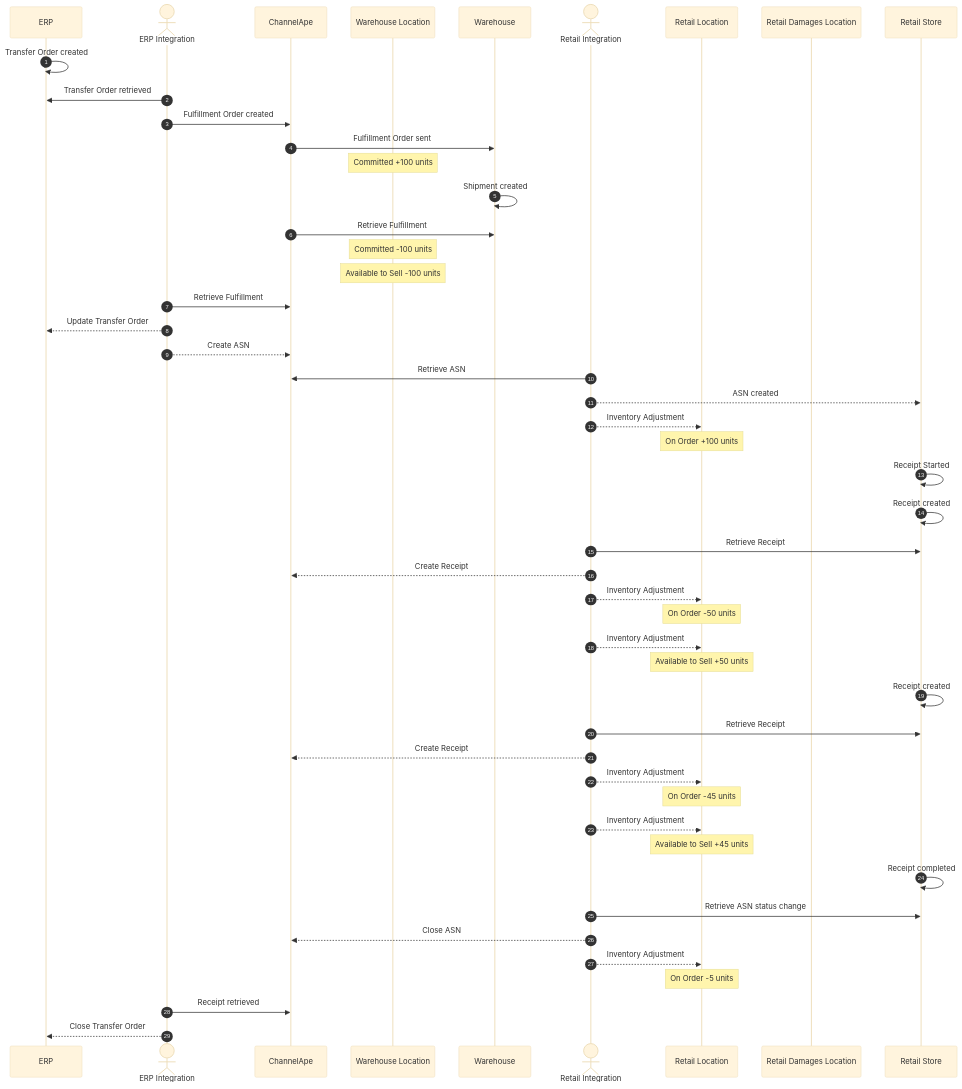
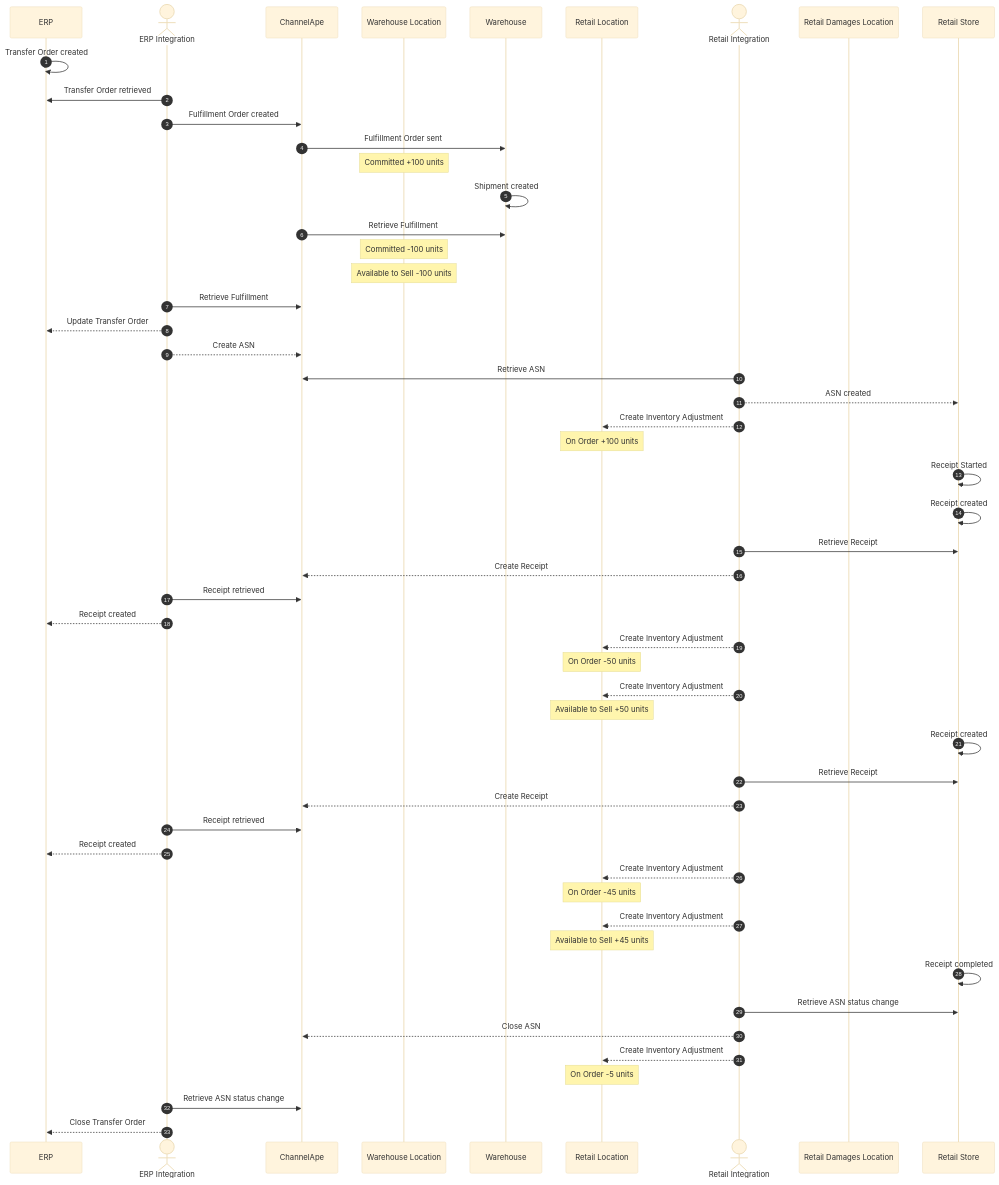
Before and after one commit to ChannelApe/channelape-docs: the third of 6 diagrams in data-flows/transfer-orders/README.md, drawn with Mermaid (base theme). The commit also changed other lines of this file, not shown here.

Commit message:
Moved Retail Location closer to CA, clarified Adjustment actors, and cleaned up the ERP actions for Transfer receipts and completion

````diff
--- a/data-flows/transfer-orders/README.md
+++ b/data-flows/transfer-orders/README.md
@@ -168,64 +177,67 @@
 ```mermaid
 sequenceDiagram
     autonumber
     participant ERP
     actor ERP Integration
     participant ChannelApe
     participant Warehouse Location
     participant Warehouse
+    participant Retail Location
     actor Retail Integration
-    participant Retail Location
     participant Retail Damages Location
     participant Retail Store
 
     ERP->>ERP: Transfer Order created
 
     ERP Integration->>ERP: Transfer Order retrieved
     ERP Integration->>ChannelApe: Fulfillment Order created
 
     ChannelApe->>Warehouse: Fulfillment Order sent
     note over Warehouse Location: Committed +100 units
     
     Warehouse->>Warehouse: Shipment created
     ChannelApe->>Warehouse: Retrieve Fulfillment
     note over Warehouse Location: Committed -100 units
     note over Warehouse Location: Available to Sell -100 units
 
     ERP Integration->>ChannelApe: Retrieve Fulfillment
     ERP Integration-->>ERP: Update Transfer Order
     ERP Integration-->>ChannelApe: Create ASN
     
     Retail Integration->>ChannelApe: Retrieve ASN
     Retail Integration-->>Retail Store: ASN created
-    Retail Integration-->>Retail Location: Inventory Adjustment
+    Retail Integration-->>Retail Location: Create Inventory Adjustment
     note over Retail Location: On Order +100 units
 
     Retail Store->>Retail Store: Receipt Started
 
     Retail Store->>Retail Store: Receipt created
     Retail Integration->>Retail Store: Retrieve Receipt
     Retail Integration-->>ChannelApe: Create Receipt
-    Retail Integration-->>Retail Location: Inventory Adjustment
+    ERP Integration->>ChannelApe: Receipt retrieved
+    ERP Integration-->>ERP: Receipt created
+    Retail Integration-->>Retail Location: Create Inventory Adjustment
     note over Retail Location: On Order -50 units
-    Retail Integration-->>Retail Location: Inventory Adjustment
+    Retail Integration-->>Retail Location: Create Inventory Adjustment
     note over Retail Location: Available to Sell +50 units
 
     Retail Store->>Retail Store: Receipt created
     Retail Integration->>Retail Store: Retrieve Receipt
     Retail Integration-->>ChannelApe: Create Receipt
-    Retail Integration-->>Retail Location: Inventory Adjustment
+    ERP Integration->>ChannelApe: Receipt retrieved
+    ERP Integration-->>ERP: Receipt created
+    Retail Integration-->>Retail Location: Create Inventory Adjustment
     note over Retail Location: On Order -45 units
-    Retail Integration-->>Retail Location: Inventory Adjustment
+    Retail Integration-->>Retail Location: Create Inventory Adjustment
     note over Retail Location: Available to Sell +45 units
 
     Retail Store->>Retail Store: Receipt completed
 
     Retail Integration->>Retail Store: Retrieve ASN status change
     Retail Integration-->>ChannelApe: Close ASN
-    Retail Integration-->>Retail Location: Inventory Adjustment
+    Retail Integration-->>Retail Location: Create Inventory Adjustment
     note over Retail Location: On Order -5 units
 
-    ERP Integration->>ChannelApe: Receipt retrieved
-
+    ERP Integration->>ChannelApe: Retrieve ASN status change
     ERP Integration-->>ERP: Close Transfer Order
 ```
````
